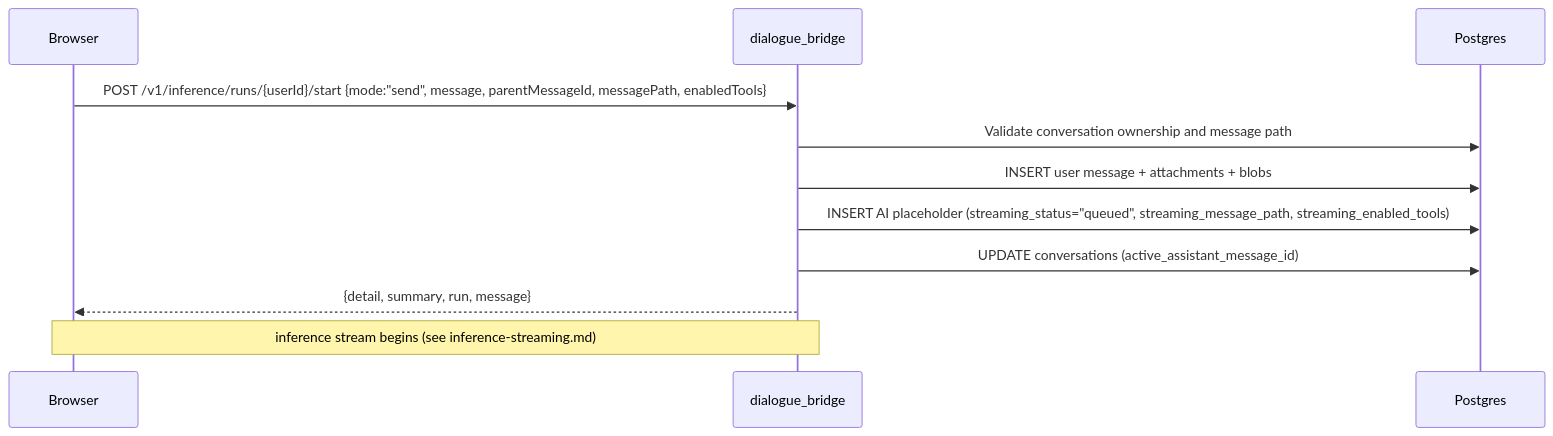
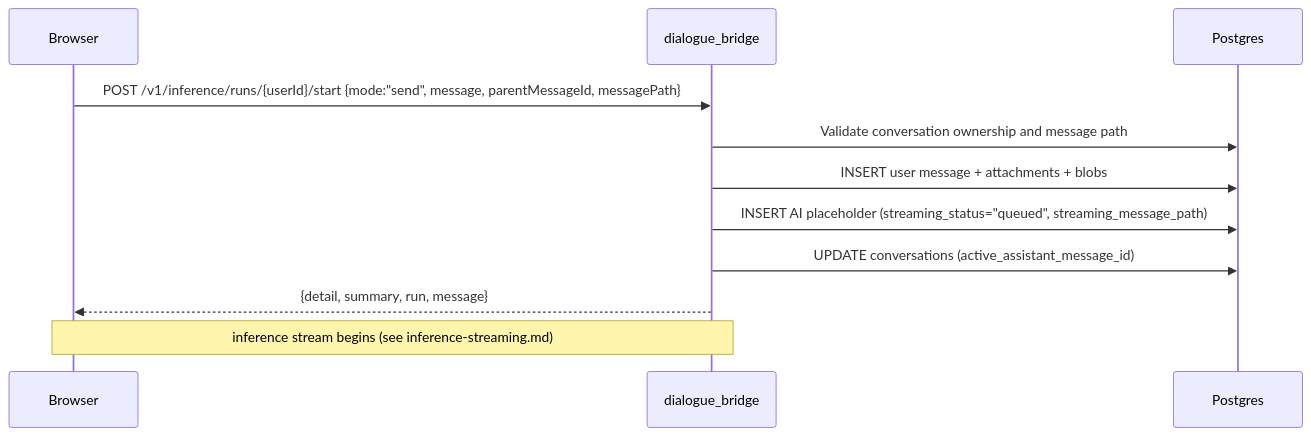
Before and after one commit to konstantinosmpouros/mAgenticX: the second of 6 diagrams in docs/flows/conversation-management.md, drawn with Mermaid. The commit also changed other lines of this file and 53 other files, not shown here.

Commit message:
feat(tools): per-agent tool model — retire global enabledTools, add MCP catalog picker

````diff
--- a/docs/flows/conversation-management.md
+++ b/docs/flows/conversation-management.md
@@ -52,14 +52,14 @@
 ```mermaid
 sequenceDiagram
     participant Browser
     participant Bridge as dialogue_bridge
     participant PG as Postgres
 
-    Browser->>Bridge: POST /v1/inference/runs/{userId}/start {mode:"send", message, parentMessageId, messagePath, enabledTools}
+    Browser->>Bridge: POST /v1/inference/runs/{userId}/start {mode:"send", message, parentMessageId, messagePath}
     Bridge->>PG: Validate conversation ownership and message path
     Bridge->>PG: INSERT user message + attachments + blobs
-    Bridge->>PG: INSERT AI placeholder (streaming_status="queued", streaming_message_path, streaming_enabled_tools)
+    Bridge->>PG: INSERT AI placeholder (streaming_status="queued", streaming_message_path)
     Bridge->>PG: UPDATE conversations (active_assistant_message_id)
     Bridge-->>Browser: {detail, summary, run, message}
     Note over Browser,Bridge: inference stream begins (see inference-streaming.md)
 ```
````
